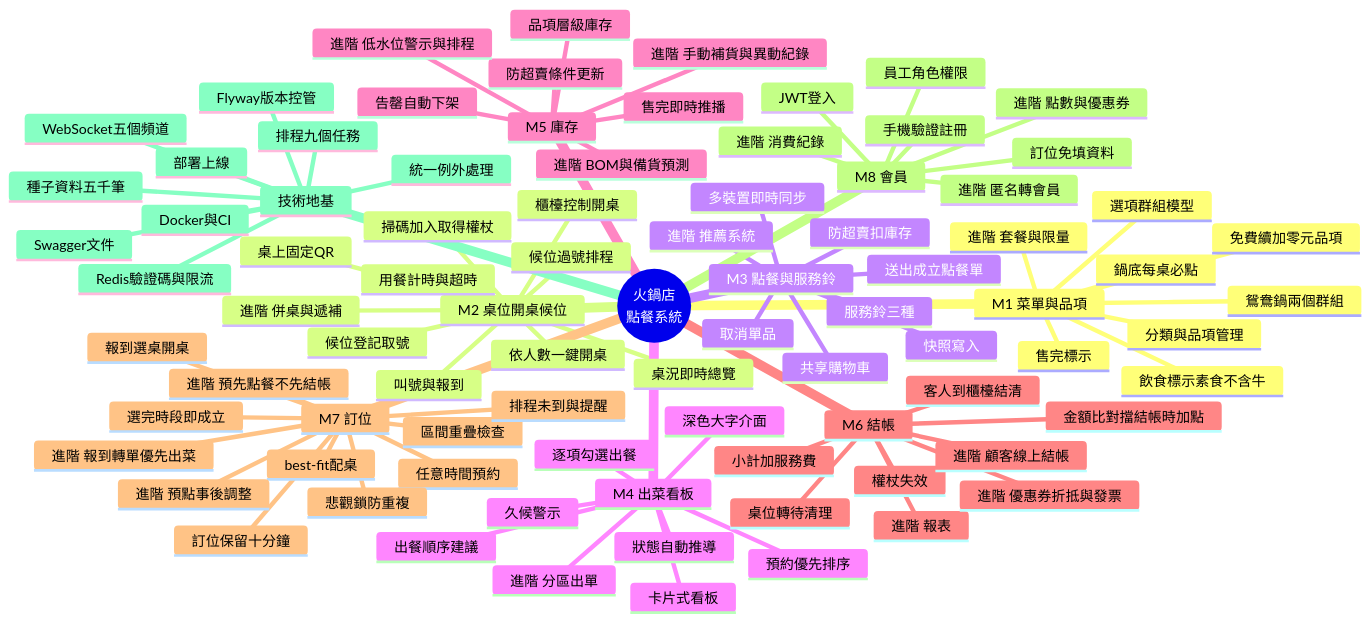
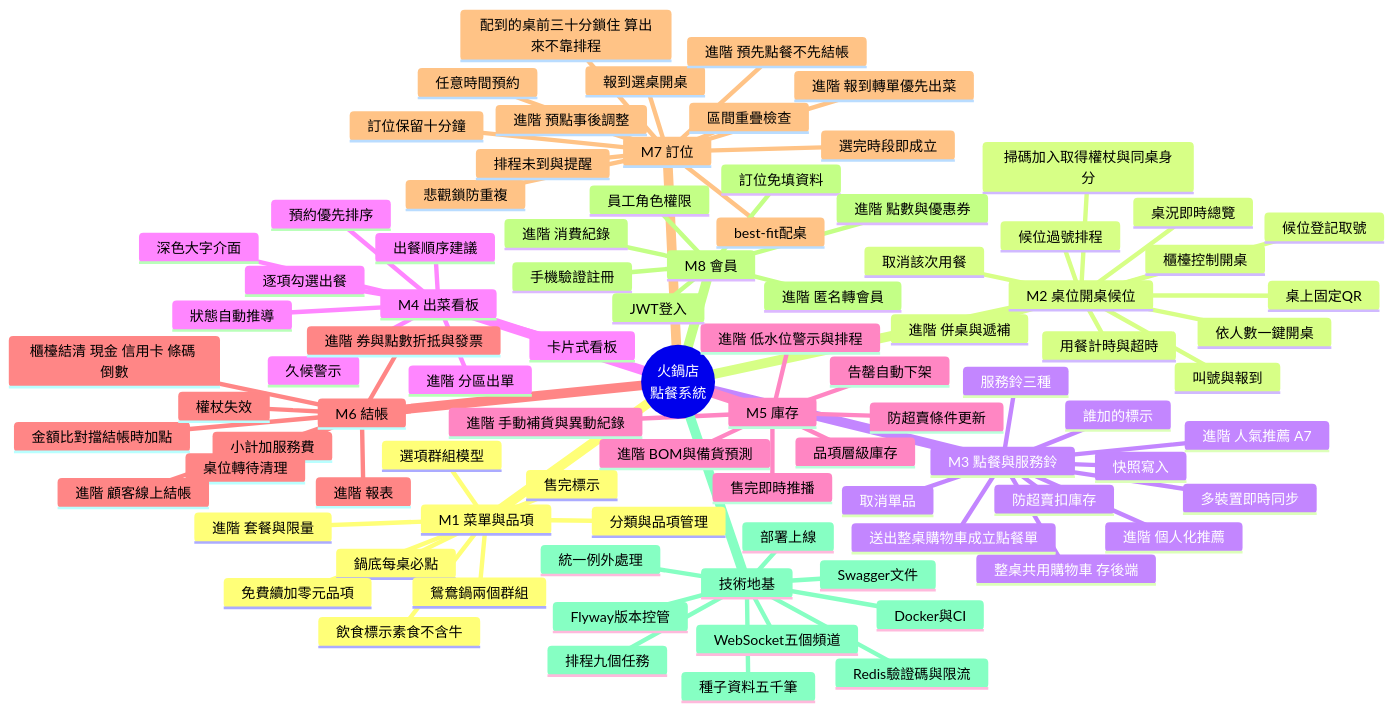
Before and after one commit to harry-wann/smart-order: the first of 16 diagrams in docs/spec/06-圖表總覽.md, drawn with Mermaid. The commit also changed other lines of this file and 80 other files, not shown here.

```diff
--- a/docs/spec/06-圖表總覽.md
+++ b/docs/spec/06-圖表總覽.md
@@ -24,23 +24,26 @@
     M2 桌位開桌候位
       桌上固定QR
       櫃檯控制開桌
-      掃碼加入取得權杖
+      掃碼加入取得權杖與同桌身分
       桌況即時總覽
       用餐計時與超時
       候位登記取號
       叫號與報到
       候位過號排程
       依人數一鍵開桌
+      取消該次用餐
       進階 併桌與遞補
     M3 點餐與服務鈴
-      共享購物車
-      送出成立點餐單
+      整桌共用購物車 存後端
+      誰加的標示
+      送出整桌購物車成立點餐單
       防超賣扣庫存
       快照寫入
       多裝置即時同步
       取消單品
       服務鈴三種
-      進階 推薦系統
+      進階 人氣推薦 A7
+      進階 個人化推薦
     M4 出菜看板
       卡片式看板
       逐項勾選出餐
@@ -60,13 +63,13 @@
       進階 BOM與備貨預測
     M6 結帳
       小計加服務費
-      客人到櫃檯結清
+      櫃檯結清 現金 信用卡 條碼 倒數
       金額比對擋結帳時加點
       桌位轉待清理
       權杖失效
       進階 顧客線上結帳
       進階 報表
-      進階 優惠券折抵與發票
+      進階 券與點數折抵與發票
     M7 訂位
       選完時段即成立
       任意時間預約
@@ -74,6 +77,7 @@
       best-fit配桌
       悲觀鎖防重複
       訂位保留十分鐘
+      配到的桌前三十分鎖住 算出來不靠排程
       排程未到與提醒
       報到選桌開桌
       進階 預先點餐不先結帳
```
